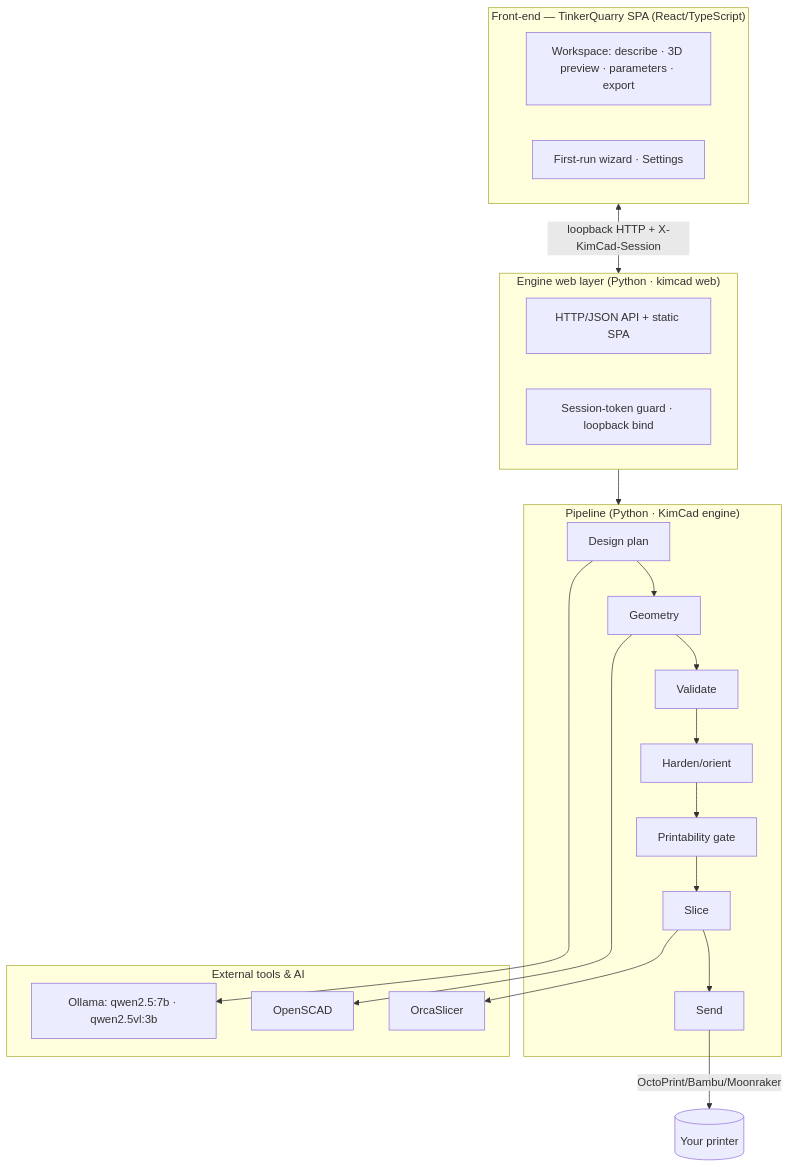
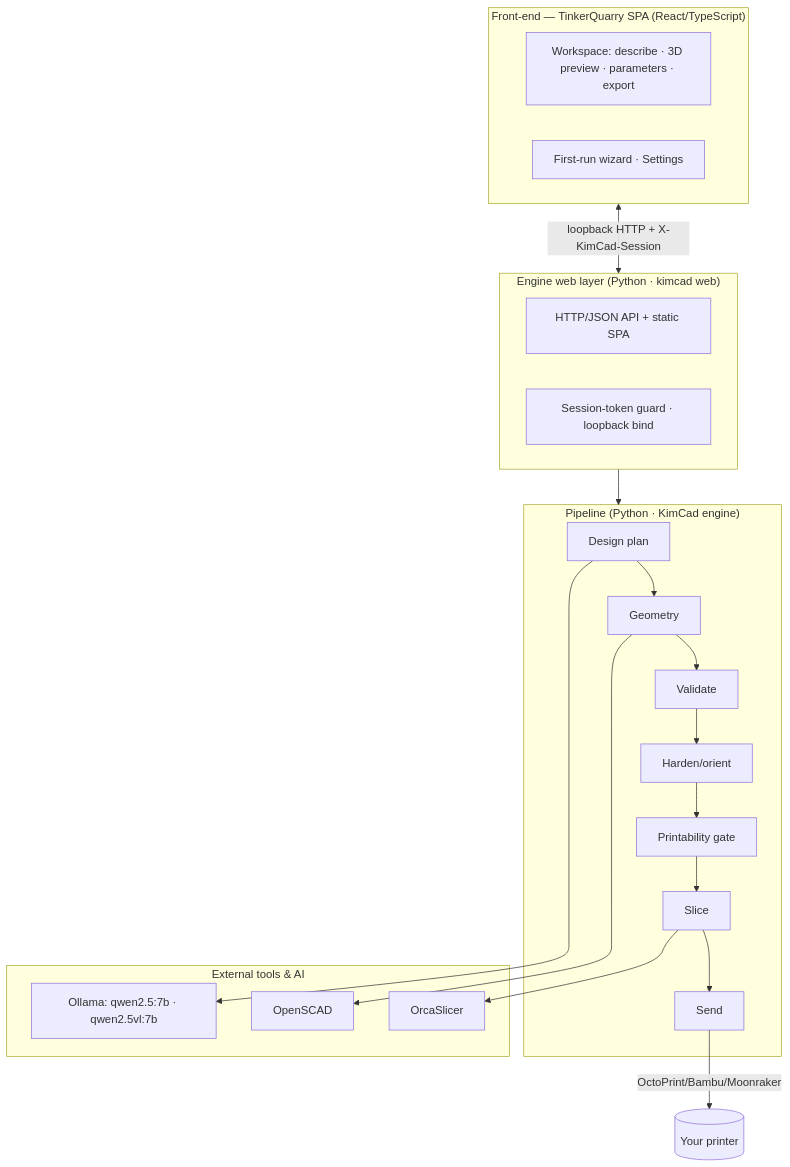
One commit to scottconverse/TinkerQuarry changed the first of 4 diagrams in docs/MANUAL.md. Above: the diagram before and after it, drawn with Mermaid. The commit also changed other lines of this file and 70 other files, not shown here.

````diff
--- a/docs/MANUAL.md
+++ b/docs/MANUAL.md
@@ -277,25 +283,25 @@
 ```mermaid
 flowchart TB
     subgraph UI["Front-end — TinkerQuarry SPA (React/TypeScript)"]
         W[Workspace: describe · 3D preview · parameters · export]
         WZ[First-run wizard · Settings]
     end
     subgraph WEB["Engine web layer (Python · kimcad web)"]
         H[HTTP/JSON API + static SPA]
         SEC[Session-token guard · loopback bind]
     end
     subgraph CORE["Pipeline (Python · KimCad engine)"]
         PLAN[Design plan] --> GEO[Geometry] --> VAL[Validate] --> HRD[Harden/orient] --> GATE[Printability gate] --> SLI[Slice] --> SND[Send]
     end
     subgraph EXT["External tools & AI"]
         OS[OpenSCAD]
         OR[OrcaSlicer]
-        OL[Ollama: qwen2.5:7b · qwen2.5vl:3b]
+        OL[Ollama: qwen2.5:7b · qwen2.5vl:7b]
     end
     UI <-->|loopback HTTP + X-KimCad-Session| WEB
     WEB --> CORE
     GEO --> OS
     SLI --> OR
     PLAN --> OL
     SND -->|OctoPrint/Bambu/Moonraker| P[(Your printer)]
 ```
````
